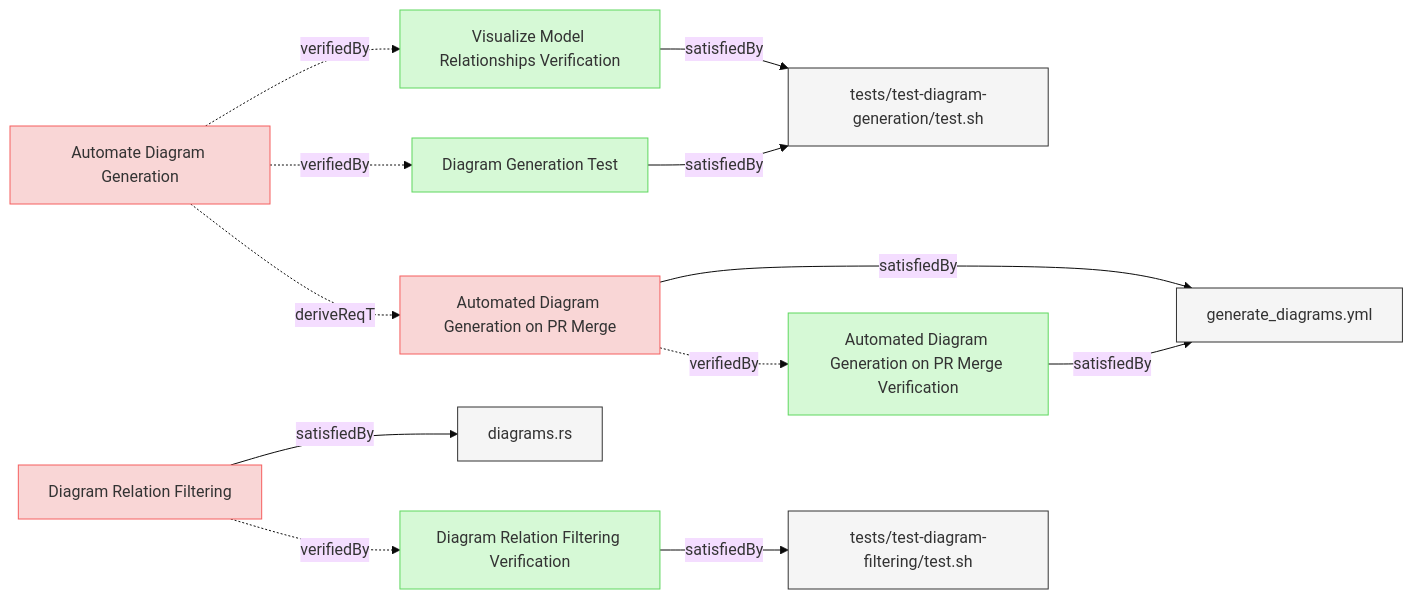
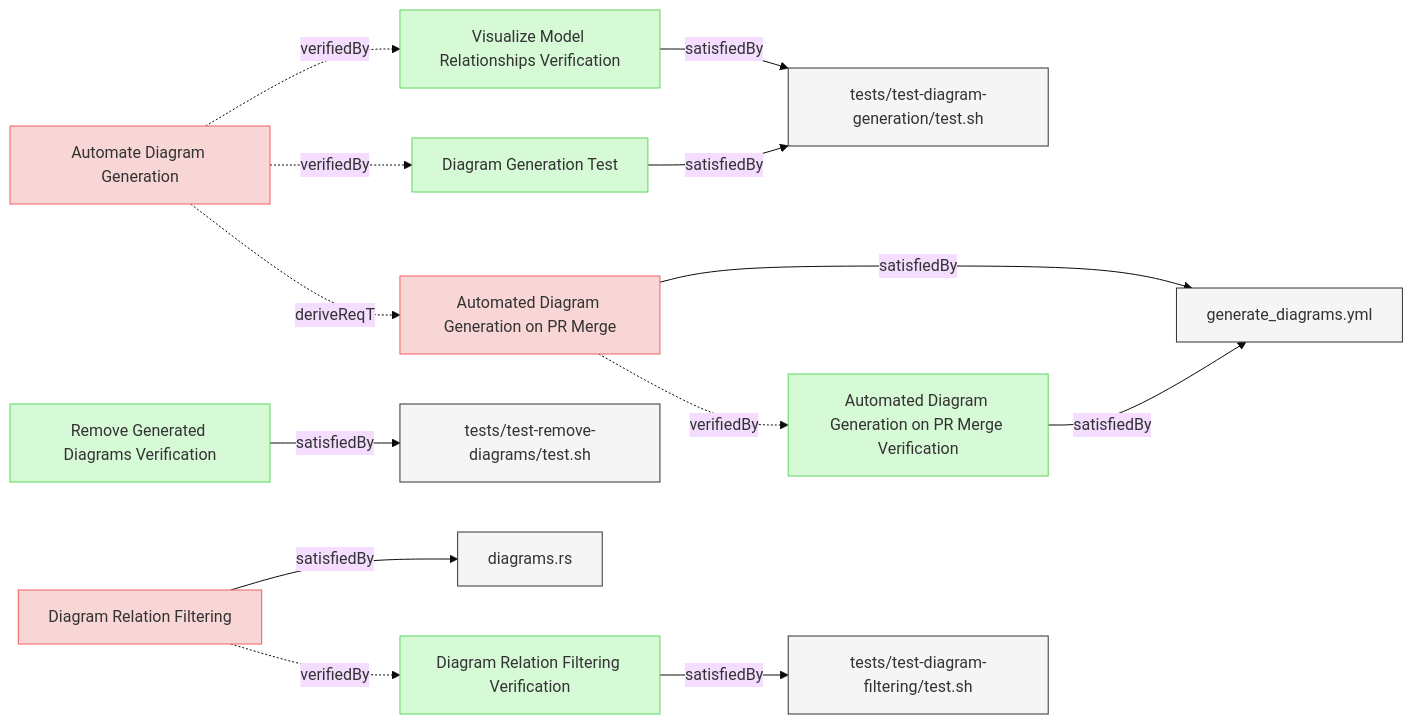
The diagram in specifications/Verifications/DiagramsTests.md (reqvire-org/reqvire), drawn with Mermaid (base theme) before and after one commit. The commit also changed other lines of this file and 2 other files, not shown here.

First line of the commit message:
Add verification element for remove-diagrams functionality

````diff
--- a/specifications/Verifications/DiagramsTests.md
+++ b/specifications/Verifications/DiagramsTests.md
@@ -6,59 +6,66 @@
 ```mermaid
 graph LR;
   %% Graph styling
   classDef requirement fill:#f9d6d6,stroke:#f55f5f,stroke-width:1px;
   classDef verification fill:#d6f9d6,stroke:#5fd75f,stroke-width:1px;
   classDef externalLink fill:#d0e0ff,stroke:#3080ff,stroke-width:1px;
   classDef default fill:#f5f5f5,stroke:#333333,stroke-width:1px;
 
   de8ab093f22a5cd7["Visualize Model Relationships Verification"];
   class de8ab093f22a5cd7 verification;
   click de8ab093f22a5cd7 "DiagramsTests.md#visualize-model-relationships-verification";
   3df49fd1a91c3db7["tests/test-diagram-generation/test.sh"];
   class 3df49fd1a91c3db7 default;
   click 3df49fd1a91c3db7 "../../tests/test-diagram-generation/test.sh";
   de8ab093f22a5cd7 -->|satisfiedBy| 3df49fd1a91c3db7;
   2d2cf67bb8070da8["Diagram Generation Test"];
   class 2d2cf67bb8070da8 verification;
   click 2d2cf67bb8070da8 "DiagramsTests.md#diagram-generation-test";
   3df49fd1a91c3db7["tests/test-diagram-generation/test.sh"];
   class 3df49fd1a91c3db7 default;
   click 3df49fd1a91c3db7 "../../tests/test-diagram-generation/test.sh";
   2d2cf67bb8070da8 -->|satisfiedBy| 3df49fd1a91c3db7;
   ba2fd3fb7c42cdb3["Diagram Relation Filtering Verification"];
   class ba2fd3fb7c42cdb3 verification;
   click ba2fd3fb7c42cdb3 "DiagramsTests.md#diagram-relation-filtering-verification";
   f6a73030d877fc0f["tests/test-diagram-filtering/test.sh"];
   class f6a73030d877fc0f default;
   click f6a73030d877fc0f "../../tests/test-diagram-filtering/test.sh";
   ba2fd3fb7c42cdb3 -->|satisfiedBy| f6a73030d877fc0f;
+  d4e5f6a7b8c9d0e1["Remove Generated Diagrams Verification"];
+  class d4e5f6a7b8c9d0e1 verification;
+  click d4e5f6a7b8c9d0e1 "DiagramsTests.md#remove-generated-diagrams-verification";
+  a1b2c3d4e5f6g7h8["tests/test-remove-diagrams/test.sh"];
+  class a1b2c3d4e5f6g7h8 default;
+  click a1b2c3d4e5f6g7h8 "../../tests/test-remove-diagrams/test.sh";
+  d4e5f6a7b8c9d0e1 -->|satisfiedBy| a1b2c3d4e5f6g7h8;
   f8849dfe948d04fa["Automated Diagram Generation on PR Merge Verification"];
   class f8849dfe948d04fa verification;
   click f8849dfe948d04fa "DiagramsTests.md#automated-diagram-generation-on-pr-merge-verification";
   98af8a1cf9c86822[".github/workflows/generate_diagrams.yml"];
   class 98af8a1cf9c86822 default;
   click 98af8a1cf9c86822 "../../.github/workflows/generate_diagrams.yml";
   f8849dfe948d04fa -->|satisfiedBy| 98af8a1cf9c86822;
   7f86e99e7804366a["Diagram Relation Filtering"];
   class 7f86e99e7804366a requirement;
   click 7f86e99e7804366a "../SystemRequirements/Requirements.md#diagram-relation-filtering";
   dad7eeb932afdb92["diagrams.rs"];
   class dad7eeb932afdb92 default;
   click dad7eeb932afdb92 "../../core/src/diagrams.rs";
   7f86e99e7804366a -->|satisfiedBy| dad7eeb932afdb92;
   7f86e99e7804366a -.->|verifiedBy| ba2fd3fb7c42cdb3;
   98a581084d5542fa["Automate Diagram Generation"];
   class 98a581084d5542fa requirement;
   click 98a581084d5542fa "../UserRequirements.md#automate-diagram-generation";
   98a581084d5542fa -.->|verifiedBy| de8ab093f22a5cd7;
   98a581084d5542fa -.->|verifiedBy| 2d2cf67bb8070da8;
   3e3df7ad427a88fa["Automated Diagram Generation on PR Merge"];
   class 3e3df7ad427a88fa requirement;
   click 3e3df7ad427a88fa "../SystemRequirements/Requirements.md#automated-diagram-generation-on-pr-merge";
   98a581084d5542fa -.->|deriveReqT| 3e3df7ad427a88fa;
   98af8a1cf9c86822["generate_diagrams.yml"];
   class 98af8a1cf9c86822 default;
   click 98af8a1cf9c86822 "../../.github/workflows/generate_diagrams.yml";
   3e3df7ad427a88fa -->|satisfiedBy| 98af8a1cf9c86822;
   3e3df7ad427a88fa -.->|verifiedBy| f8849dfe948d04fa;
 ```
````
